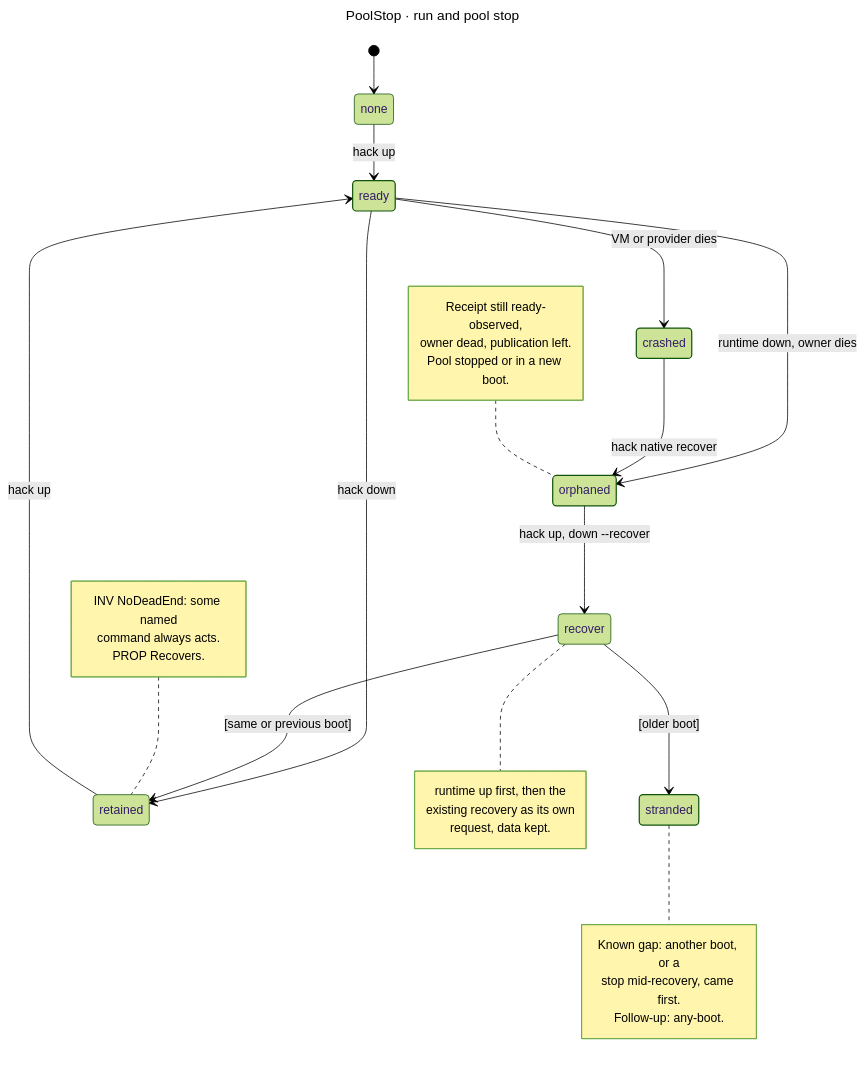
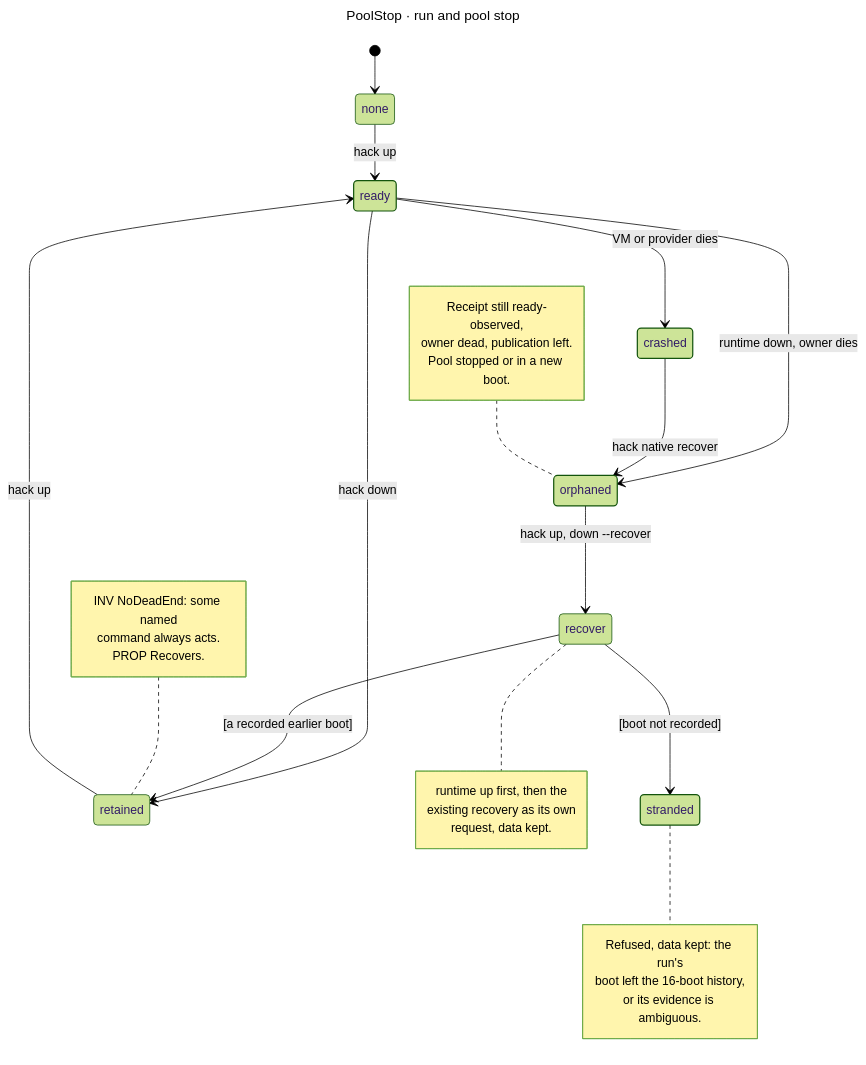
The diagram in docs/diagrams/native-pool-stop.mmd (hack-dance/hack), drawn with Mermaid (forest theme) before and after one commit. The commit also changed 8 other files, not shown here.

First line of the commit message:
docs(native): model and document recovery from any earlier boot

```diff
--- a/docs/diagrams/native-pool-stop.mmd
+++ b/docs/diagrams/native-pool-stop.mmd
@@ -1,46 +1,46 @@
 ---
 title: PoolStop · run and pool stop
 ---
 stateDiagram-v2
     direction TB
     classDef ok stroke-width:1.6px
     classDef wait stroke-width:1.6px
     classDef fail stroke-width:1.6px
 
     [*] --> none
     none --> ready : hack up
     retained --> ready : hack up
     ready --> retained : hack down
     ready --> orphaned : runtime down, owner dies
     ready --> crashed : VM or provider dies
     crashed --> orphaned : hack native recover
     orphaned --> recover : hack up, down --recover
     state recover <<choice>>
-    recover --> retained : [same or previous boot]
-    recover --> stranded : [older boot]
+    recover --> retained : [a recorded earlier boot]
+    recover --> stranded : [boot not recorded]
 
     note left of orphaned
         Receipt still ready-observed,
         owner dead, publication left.
         Pool stopped or in a new boot.
     end note
     note right of recover
         runtime up first, then the
         existing recovery as its own
         request, data kept.
     end note
     note right of stranded
-        Known gap: another boot, or a
-        stop mid-recovery, came first.
-        Follow-up: any-boot.
+        Refused, data kept: the run's
+        boot left the 16-boot history,
+        or its evidence is ambiguous.
     end note
     note left of retained
         INV NoDeadEnd: some named
         command always acts.
         PROP Recovers.
     end note
 
     class ready ok
     class orphaned wait
     class crashed wait
     class stranded fail
```
